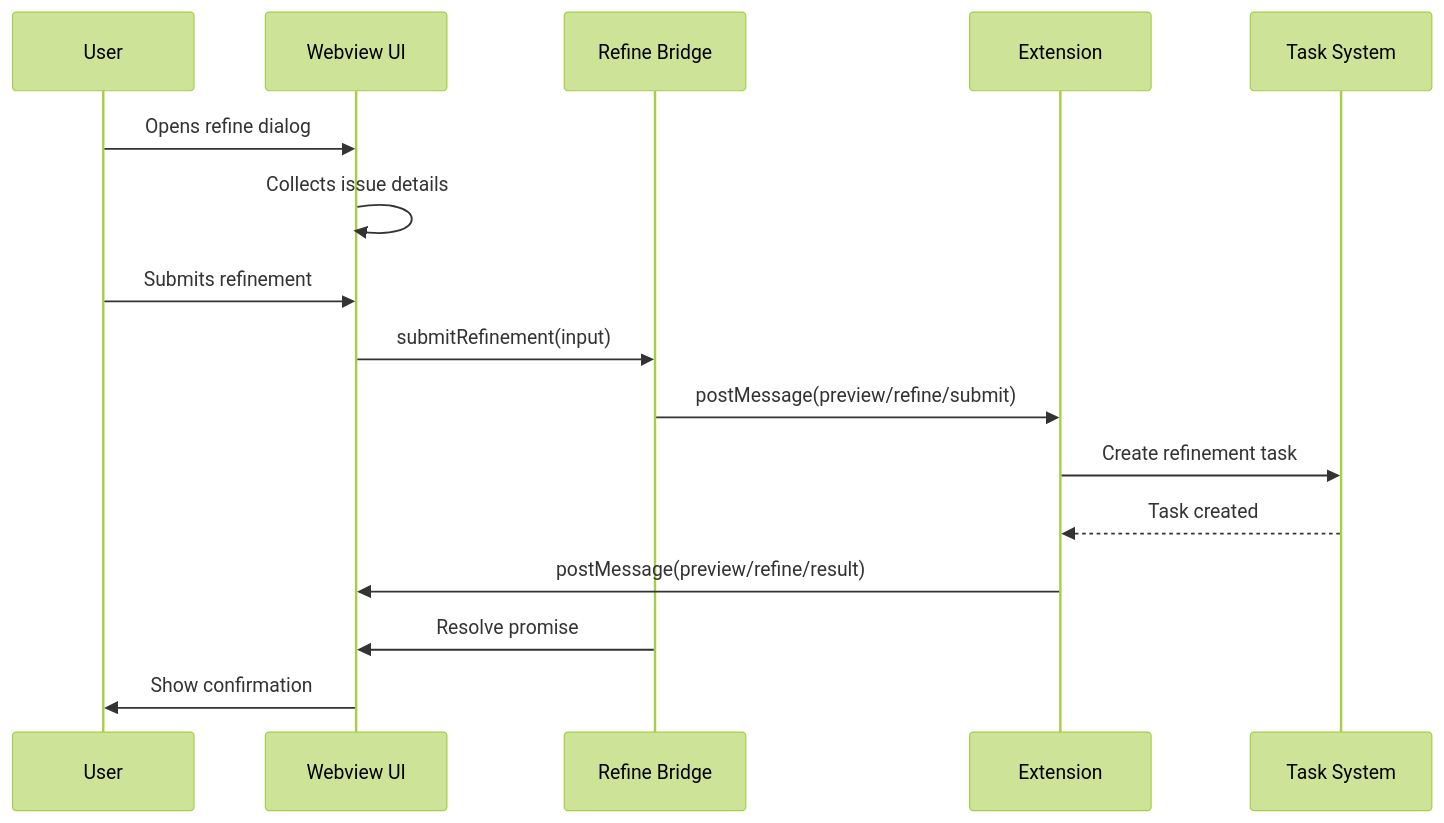
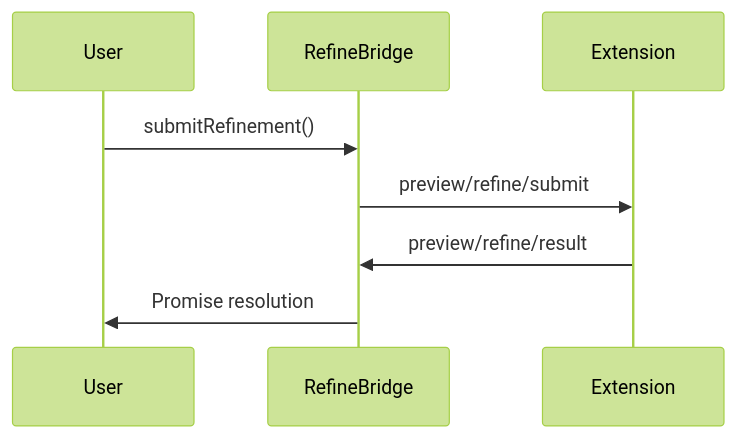
Before and after one commit to eitatech/gatomia-vscode: the sixth of 6 diagrams in docs/preview_system.md, drawn with Mermaid (forest theme). The commit also changed other lines of this file and 11 other files, not shown here.

````diff
--- a/docs/preview_system.md
+++ b/docs/preview_system.md
@@ -251,19 +536,11 @@
 ```mermaid
 sequenceDiagram
     participant User
-    participant UI as Webview UI
-    participant RB as Refine Bridge
-    participant Ext as Extension
-    participant TS as Task System
+    participant RefineBridge
+    participant Extension
     
-    User->>UI: Opens refine dialog
-    UI->>UI: Collects issue details
-    User->>UI: Submits refinement
-    UI->>RB: submitRefinement(input)
-    RB->>Ext: postMessage(preview/refine/submit)
-    Ext->>TS: Create refinement task
-    TS-->>Ext: Task created
-    Ext->>UI: postMessage(preview/refine/result)
-    RB->>UI: Resolve promise
-    UI->>User: Show confirmation
+    User->>RefineBridge: submitRefinement()
+    RefineBridge->>Extension: preview/refine/submit
+    Extension->>RefineBridge: preview/refine/result
+    RefineBridge->>User: Promise resolution
 ```
````
